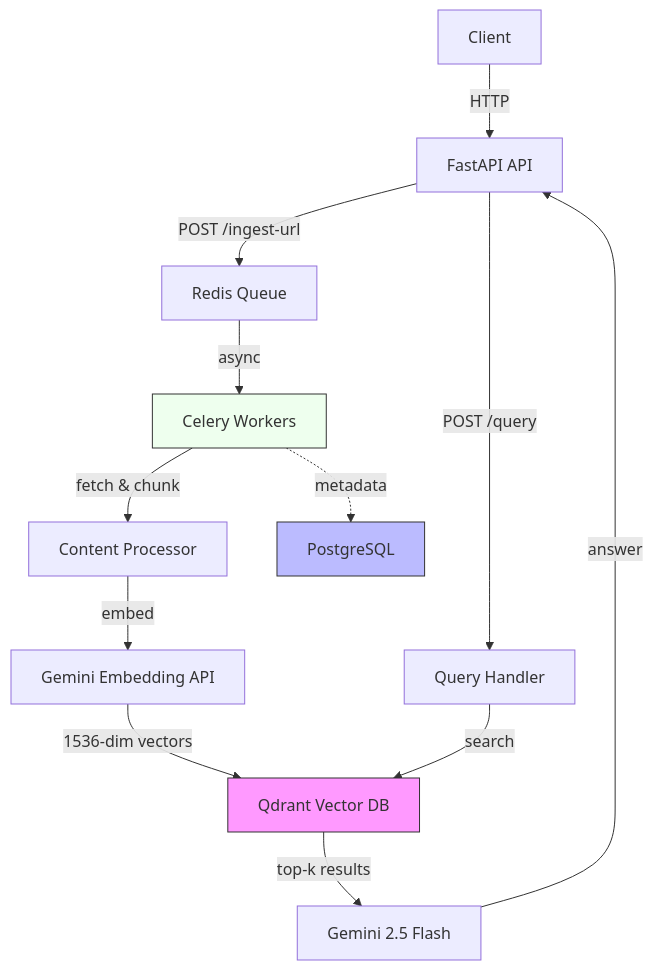
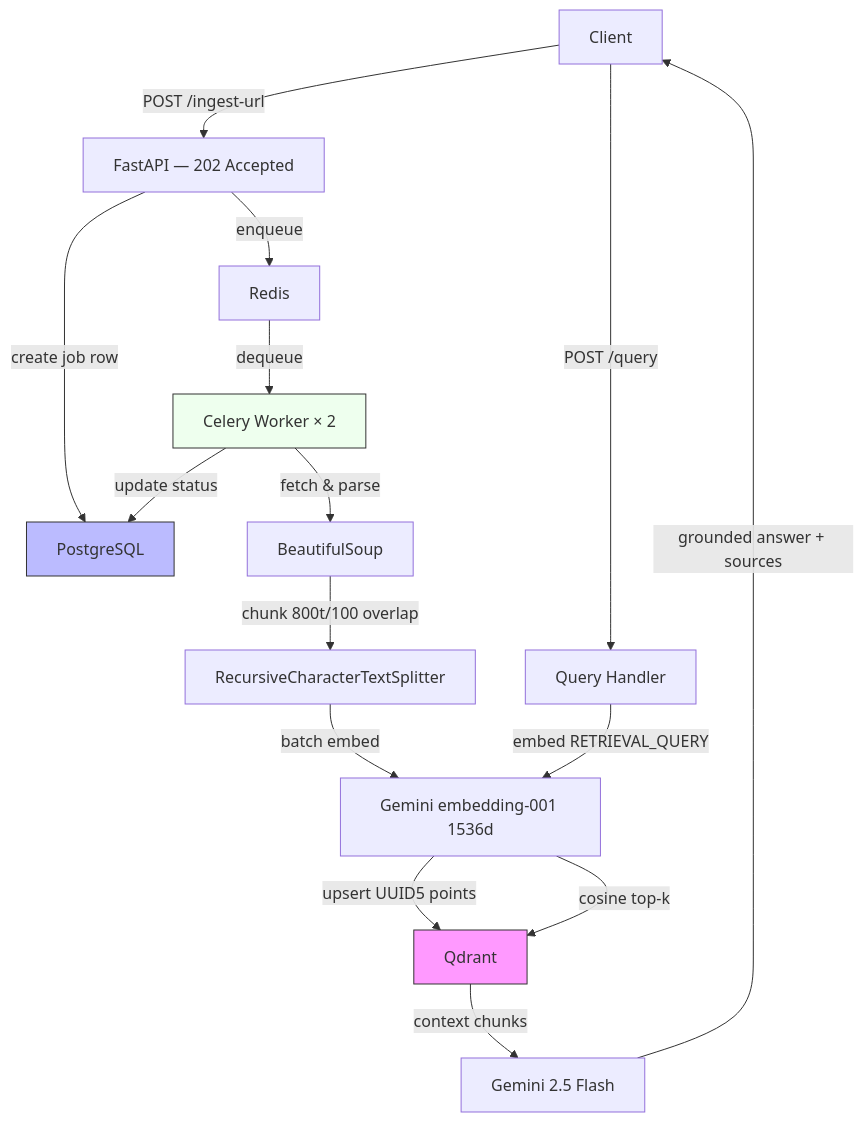
One commit to Spkap/WebRag-Scalable-Web-Aware-RAG-Engine changed the diagram in README.md. Above: the diagram before and after it, drawn with Mermaid. The commit also changed other lines of this file and 7 other files, not shown here.

````diff
--- a/README.md
+++ b/README.md
@@ -96,18 +84,22 @@
 ```mermaid
 flowchart TD
-  A[Client] -->|HTTP| B[FastAPI API]
-  B -->|POST /ingest-url| C[Redis Queue]
-  B -->|POST /query| D[Query Handler]
-  C -->|async| E[Celery Workers]
-  E -->|fetch & chunk| F[Content Processor]
-  F -->|embed| G[Gemini Embedding API]
-  G -->|1536-dim vectors| H[Qdrant Vector DB]
-  D -->|search| H
-  H -->|top-k results| I[Gemini 2.5 Flash]
-  I -->|answer| B
-  E -.metadata.-> J[PostgreSQL]
-  
-  style H fill:#f9f,stroke:#333
+  A[Client] -->|POST /ingest-url| B[FastAPI — 202 Accepted]
+  B -->|create job row| J[PostgreSQL]
+  B -->|enqueue| C[Redis]
+  C -->|dequeue| E[Celery Worker × 2]
+  E -->|fetch & parse| F[BeautifulSoup]
+  F -->|chunk 800t/100 overlap| G[RecursiveCharacterTextSplitter]
+  G -->|batch embed| H[Gemini embedding-001 1536d]
+  H -->|upsert UUID5 points| I[Qdrant]
+  E -->|update status| J
+
+  A -->|POST /query| D[Query Handler]
+  D -->|embed RETRIEVAL_QUERY| H
+  H -->|cosine top-k| I
+  I -->|context chunks| K[Gemini 2.5 Flash]
+  K -->|grounded answer + sources| A
+
+  style I fill:#f9f,stroke:#333
   style J fill:#bbf,stroke:#333
   style E fill:#efe,stroke:#333
 ```
````
